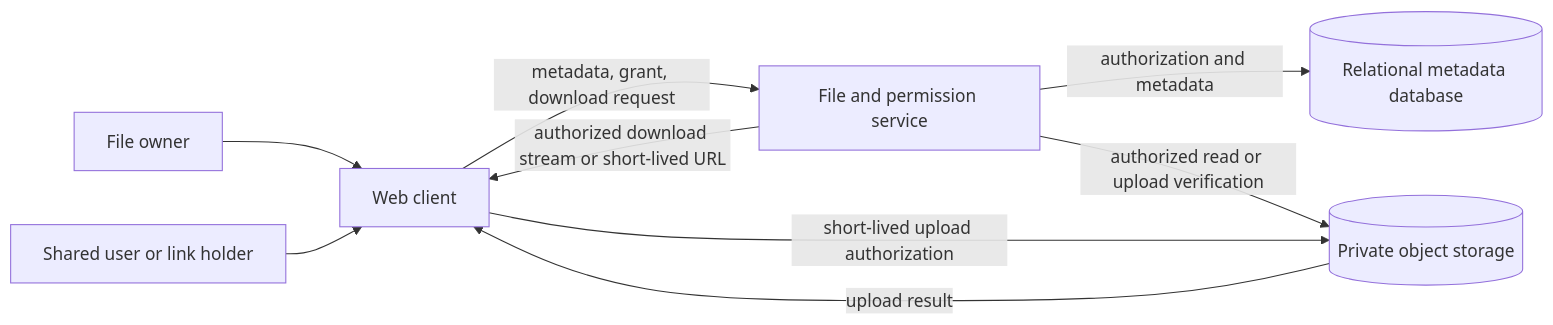
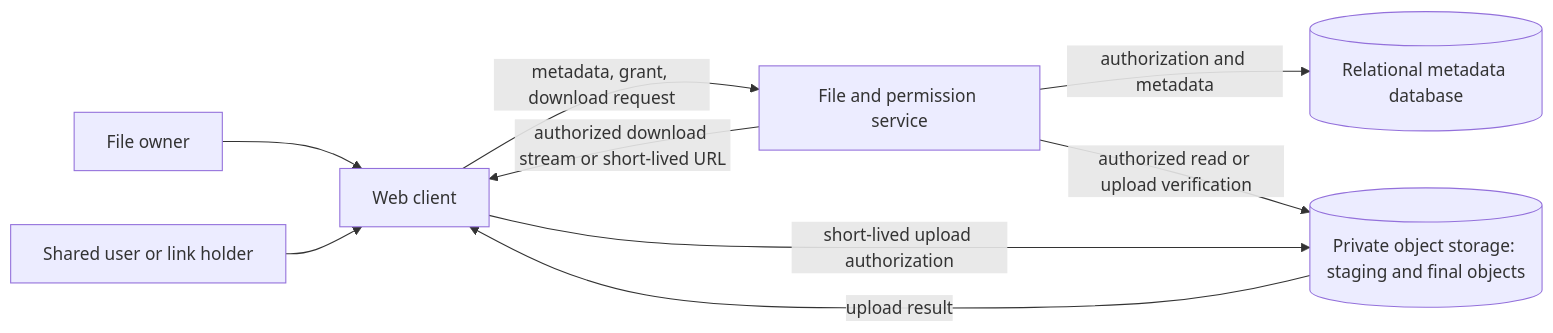
Before and after one commit to ehuerta6/bloomberg-interview-practice: the first of 2 diagrams in solutions/system-design/12-file-sharing-permissions.md, drawn with Mermaid. The commit also changed other lines of this file and 16 other files, not shown here.

````diff
--- a/solutions/system-design/12-file-sharing-permissions.md
+++ b/solutions/system-design/12-file-sharing-permissions.md
@@ -34,17 +34,17 @@
 ```mermaid
 flowchart LR
     Owner[File owner]
     Recipient[Shared user or link holder]
     Client[Web client]
     API[File and permission service]
     DB[(Relational metadata database)]
-    Store[(Private object storage)]
+    Store[(Private object storage: staging and final objects)]
     Owner --> Client
     Recipient --> Client
     Client -->|metadata, grant, download request| API
     API -->|authorization and metadata| DB
     API -->|authorized read or upload verification| Store
     Client -->|short-lived upload authorization| Store
     Store -->|upload result| Client
     API -->|authorized download stream or short-lived URL| Client
 ```
````
